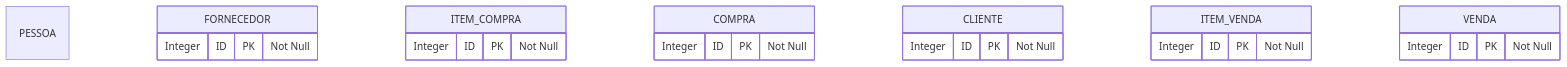
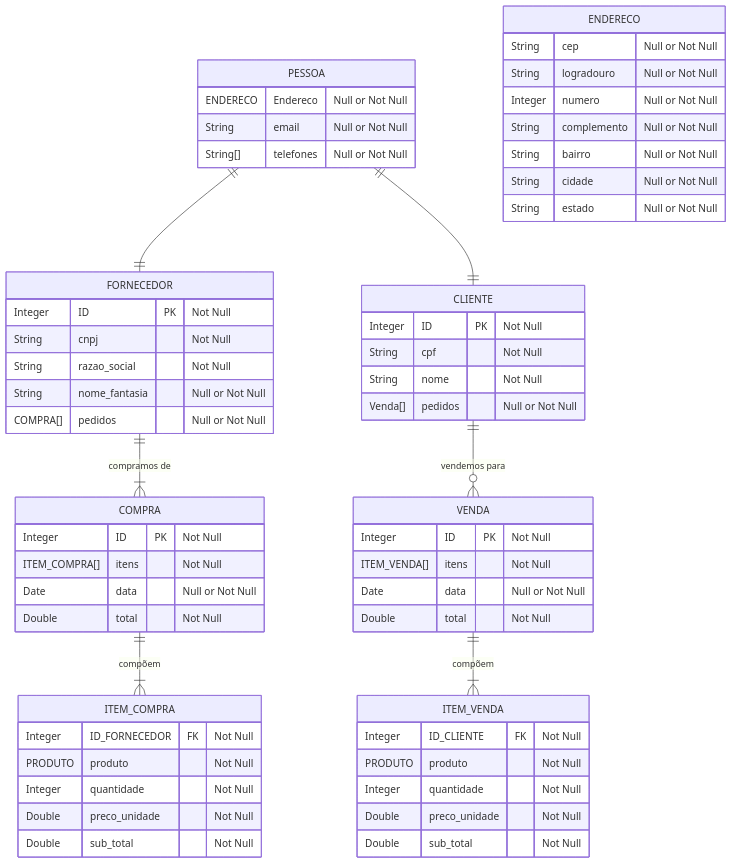
The diagram in erDiagram.mmd (digaoes94/trabalhoSQL), drawn with Mermaid before and after one commit. The commit also changed 3 other files, not shown here.

Commit message:
Entity-Relationship diagram done. Class diagram still lacks methods.

```diff
--- a/erDiagram.mmd
+++ b/erDiagram.mmd
@@ -1,28 +1,70 @@
 erDiagram
     PESSOA {
-        
+        ENDERECO Endereco "Null or Not Null"
+        String email "Null or Not Null"
+        String[] telefones "Null or Not Null"
     }
 
     FORNECEDOR {
         Integer ID PK "Not Null"
+        String cnpj"Not Null"
+        String razao_social"Not Null"
+        String nome_fantasia "Null or Not Null"
+        COMPRA[] pedidos "Null or Not Null"
     }
 
     ITEM_COMPRA {
-        Integer ID PK "Not Null"
+        Integer ID_FORNECEDOR FK "Not Null"
+        PRODUTO produto "Not Null"
+        Integer quantidade"Not Null"
+        Double preco_unidade"Not Null"
+        Double sub_total"Not Null"
     }
 
     COMPRA {
         Integer ID PK "Not Null"
+        ITEM_COMPRA[] itens"Not Null"
+        Date data "Null or Not Null"
+        Double total"Not Null"
     }
 
     CLIENTE {
         Integer ID PK "Not Null"
+        String cpf"Not Null"
+        String nome"Not Null"
+        Venda[] pedidos "Null or Not Null"
     }
 
     ITEM_VENDA {
-        Integer ID PK "Not Null"
+        Integer ID_CLIENTE FK "Not Null"
+        PRODUTO produto "Not Null"
+        Integer quantidade"Not Null"
+        Double preco_unidade"Not Null"
+        Double sub_total"Not Null"
     }
 
     VENDA {
         Integer ID PK "Not Null"
+        ITEM_VENDA[] itens"Not Null"
+        Date data "Null or Not Null"
+        Double total"Not Null"
     }
+
+    ENDERECO {
+        String cep "Null or Not Null"
+        String logradouro "Null or Not Null"
+        Integer numero "Null or Not Null"
+        String complemento "Null or Not Null"
+        String bairro "Null or Not Null"
+        String cidade "Null or Not Null"
+        String estado "Null or Not Null"
+    }
+
+    PESSOA ||--|| FORNECEDOR : ""
+    PESSOA ||--|| CLIENTE : ""
+
+    FORNECEDOR ||--|{ COMPRA : "compramos de"
+    COMPRA ||--|{ ITEM_COMPRA : "compõem"
+
+    CLIENTE ||--O{ VENDA : "vendemos para"
+    VENDA ||--|{ ITEM_VENDA : "compõem"
```
